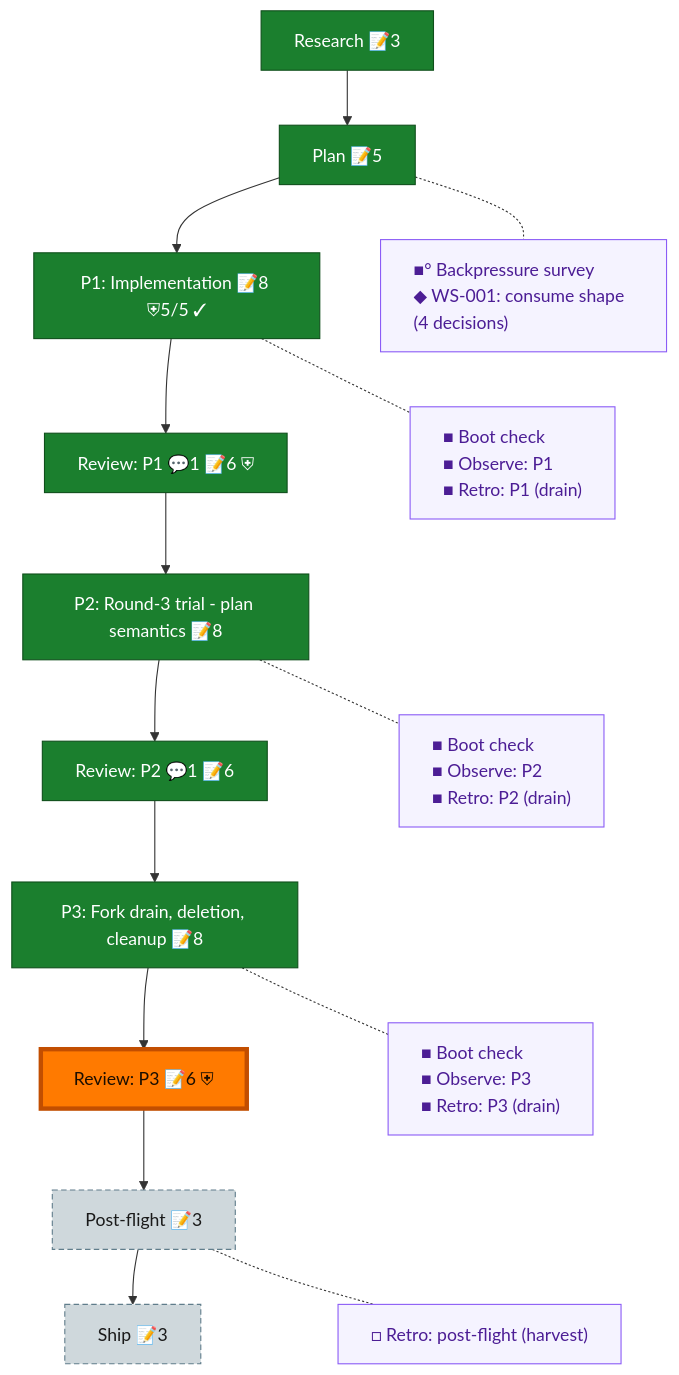
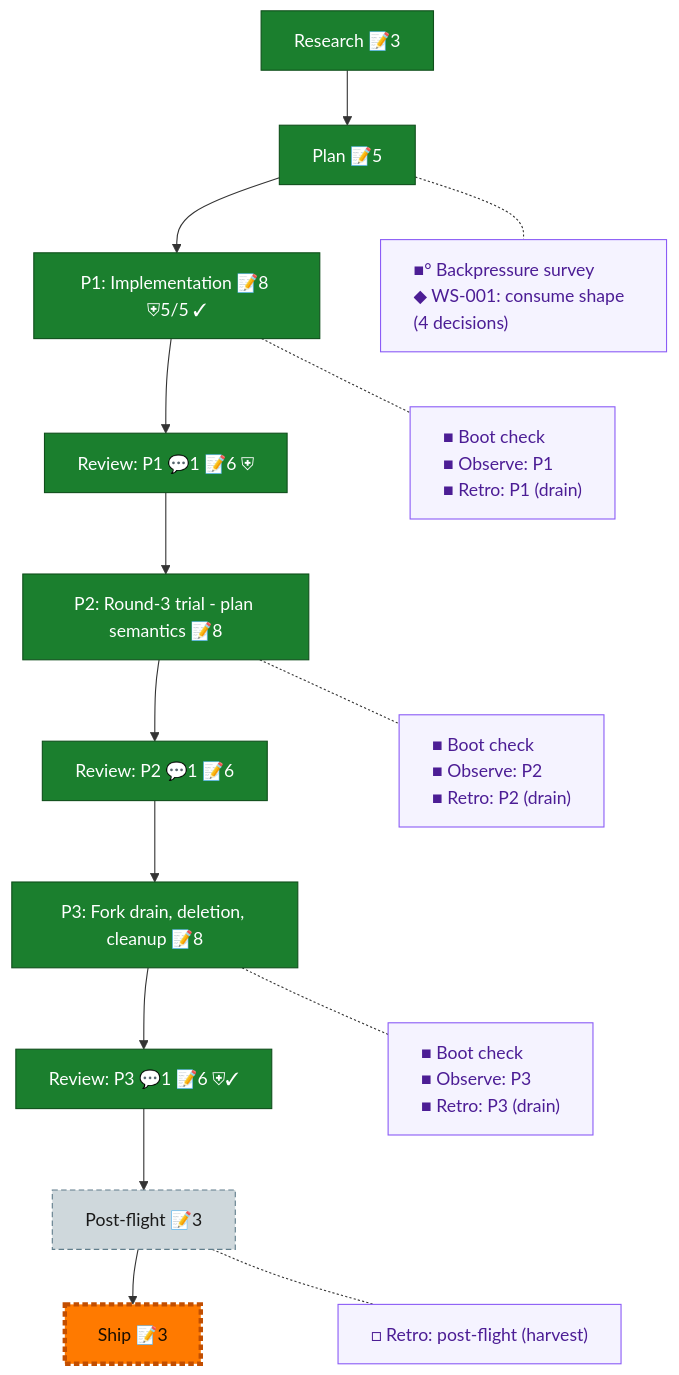
The diagram in docs/plans/080-dd-consume-upgrade/the-flow.md (AI-Substrate/harness-engineering), drawn with Mermaid before and after one commit. The commit also changed other lines of this file and 2 other files, not shown here.

Commit message:
flow(080): review-3 APPROVE receipted (terra r2 0/0/0/0); dd plan-validate gate evaluated GREEN; nav at ship

````diff
--- a/docs/plans/080-dd-consume-upgrade/the-flow.md
+++ b/docs/plans/080-dd-consume-upgrade/the-flow.md
@@ -8,38 +8,37 @@
 ```mermaid
 flowchart TD
     research["Research 📝3"]:::done
     plan["Plan 📝5"]:::done
     phase_1["P1: Implementation 📝8 ⛨5/5 ✓"]:::done
     review_1["Review: P1 💬1 📝6 ⛨"]:::done
     phase_2["P2: Round-3 trial - plan semantics 📝8"]:::done
     review_2["Review: P2 💬1 📝6"]:::done
     phase_3["P3: Fork drain, deletion, cleanup 📝8"]:::done
-    review_3["Review: P3 📝6 ⛨"]:::known
+    review_3["Review: P3 💬1 📝6 ⛨✓"]:::done
     post_flight["Post-flight 📝3"]:::assumed
     ship["Ship 📝3"]:::assumed
 
     research --> plan --> phase_1 --> review_1 --> phase_2 --> review_2 --> phase_3 --> review_3 --> post_flight --> ship
 
     planC["■° Backpressure survey<br/>◆ WS-001: consume shape (4 decisions)"]:::chore
     phase_1C["■ Boot check<br/>■ Observe: P1<br/>■ Retro: P1 (drain)"]:::chore
     phase_2C["■ Boot check<br/>■ Observe: P2<br/>■ Retro: P2 (drain)"]:::chore
     phase_3C["■ Boot check<br/>■ Observe: P3<br/>■ Retro: P3 (drain)"]:::chore
     post_flightC["□ Retro: post-flight (harvest)"]:::chore
 
     %% invisible chain holds the gutter boxes in their own column
     planC ~~~ phase_1C ~~~ phase_2C ~~~ phase_3C ~~~ post_flightC
 
     %% dotted links pull each gutter box beside its node
     plan -.- planC
     phase_1 -.- phase_1C
     phase_2 -.- phase_2C
     phase_3 -.- phase_3C
     post_flight -.- post_flightC
 
     classDef done fill:#1B7F2E,stroke:#0F4F1B,color:#fff;
-    classDef known fill:#1E73E8,stroke:#0D3F86,color:#fff;
     classDef assumed fill:#CFD8DC,stroke:#607D8B,color:#1a1a1a,stroke-dasharray:5 3;
     classDef chore fill:#f5f3ff,stroke:#8b5cf6,color:#4c1d95,text-align:left;
     classDef current fill:#FF7A00,stroke:#C24E00,color:#1a0e00,stroke-width:4px;
-    class review_3 current;
+    class ship current;
 ```
````
